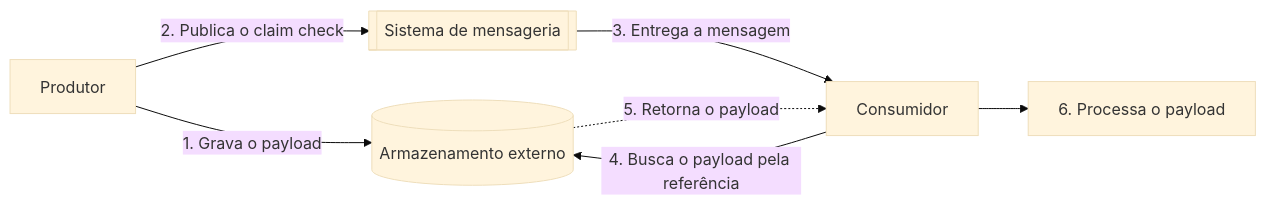
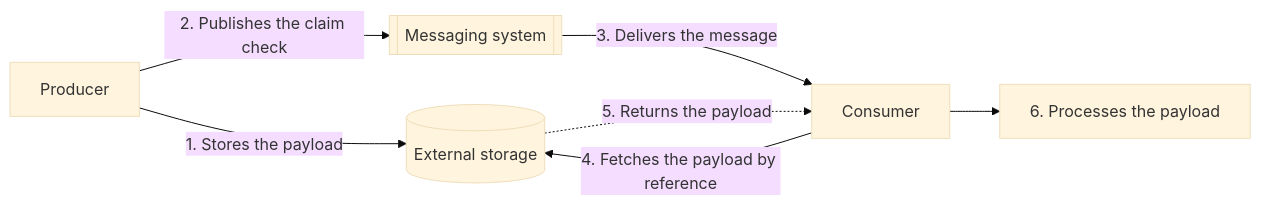
One commit to alancesar/design-patterns changed the diagram in docs/cloud/cloud-design-patterns/messaging/claim-check.md. Above: the diagram before and after it, drawn with Mermaid (base theme). The commit also changed 258 other files, not shown here.

First line of the commit message:
Translate Mermaid diagrams to English

````diff
--- a/docs/cloud/cloud-design-patterns/messaging/claim-check.md
+++ b/docs/cloud/cloud-design-patterns/messaging/claim-check.md
@@ -70,9 +70,9 @@
 ```mermaid
 flowchart LR
-    P[Produtor] -->|"1. Grava o payload"| S[("Armazenamento externo")]
-    P -->|"2. Publica o claim check"| M[["Sistema de mensageria"]]
-    M -->|"3. Entrega a mensagem"| C[Consumidor]
-    C -->|"4. Busca o payload pela referência"| S
-    S -.->|"5. Retorna o payload"| C
-    C --> R["6. Processa o payload"]
+    P[Producer] -->|"1. Stores the payload"| S[("External storage")]
+    P -->|"2. Publishes the claim check"| M[["Messaging system"]]
+    M -->|"3. Delivers the message"| C[Consumer]
+    C -->|"4. Fetches the payload by reference"| S
+    S -.->|"5. Returns the payload"| C
+    C --> R["6. Processes the payload"]
 ```
````
